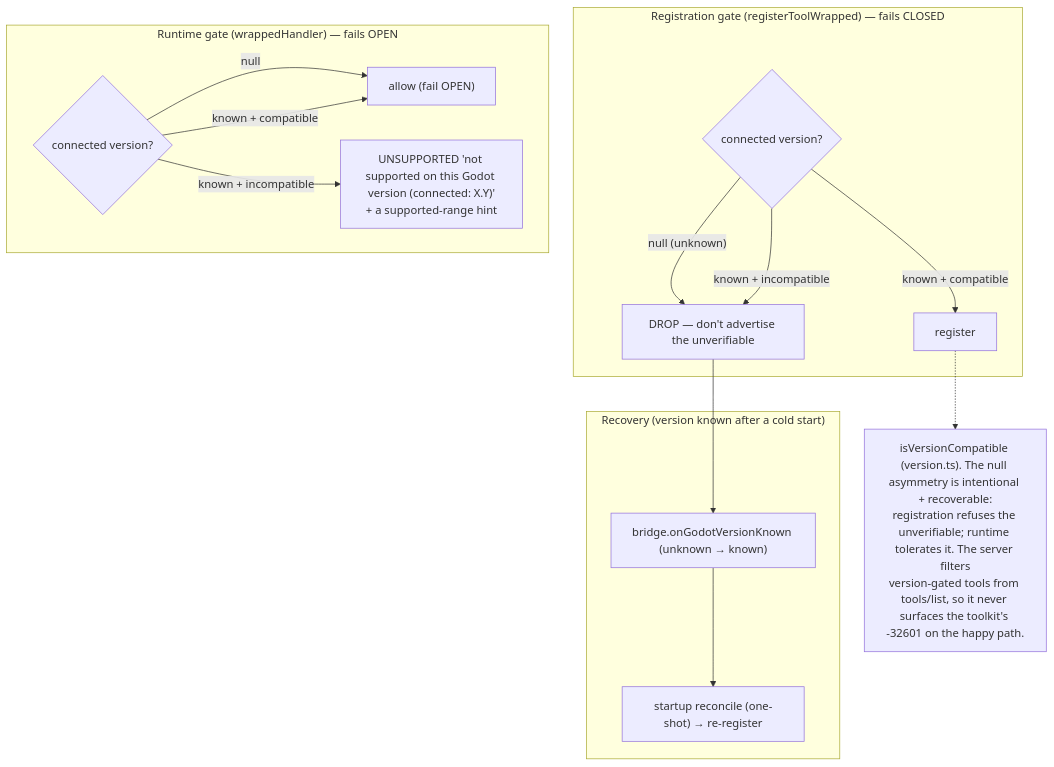
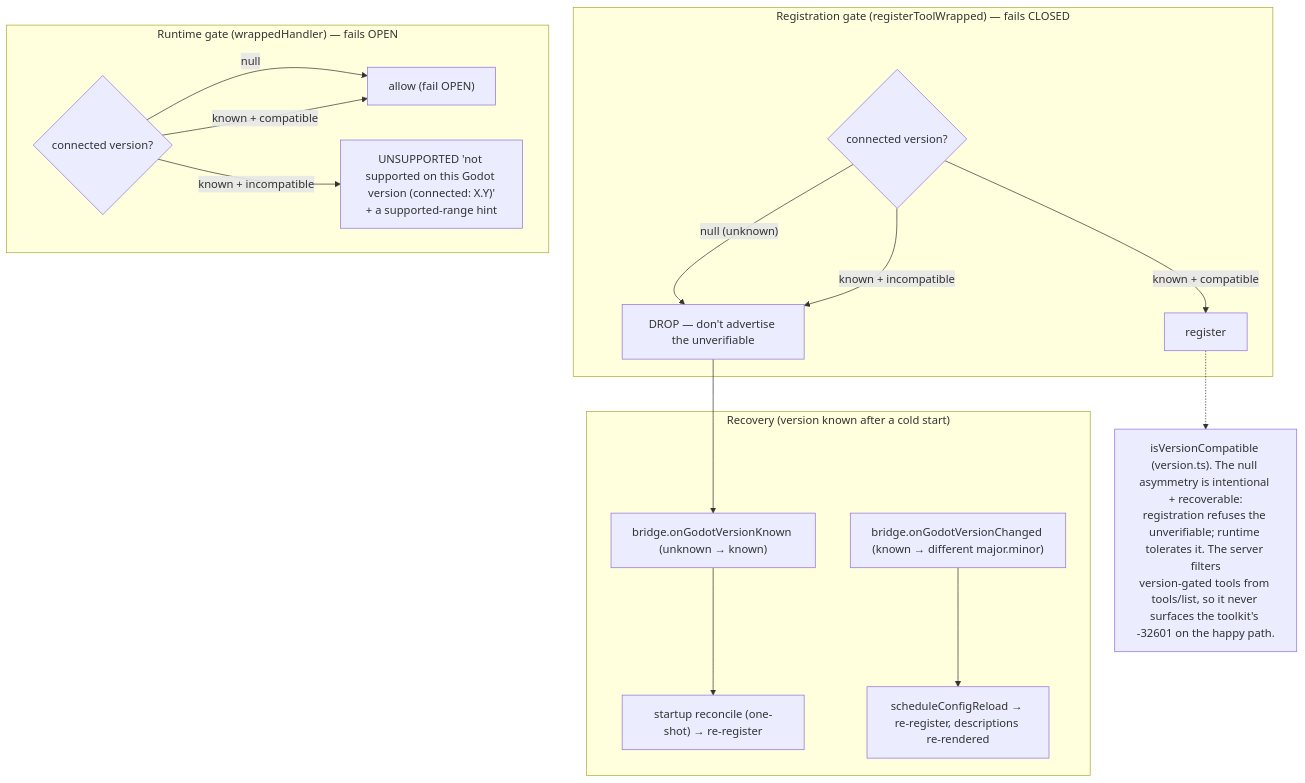
Before and after one commit to NPGameDev/godot-mcp-server: diagram 12 of 13 in docs/architecture/README.md, drawn with Mermaid. The commit also changed other lines of this file and 19 other files, not shown here.

First line of the commit message:
fix(server): tailor two eager tool descriptions to the connected Godot version

````diff
--- a/docs/architecture/README.md
+++ b/docs/architecture/README.md
@@ -737,21 +737,22 @@
 ```mermaid
 flowchart TD
     subgraph regn["Registration gate (registerToolWrapped) — fails CLOSED"]
       r1{"connected version?"}
       r1 -->|"null (unknown)"| rdrop["DROP — don't advertise the unverifiable"]
       r1 -->|"known + incompatible"| rdrop
       r1 -->|"known + compatible"| rkeep["register"]
     end
     subgraph recov["Recovery (version known after a cold start)"]
       rdrop --> hook["bridge.onGodotVersionKnown (unknown → known)"]
       hook --> rec["startup reconcile (one-shot) → re-register"]
+      chg["bridge.onGodotVersionChanged (known → different major.minor)"] --> reload["scheduleConfigReload → re-register, descriptions re-rendered"]
     end
     subgraph runt["Runtime gate (wrappedHandler) — fails OPEN"]
       u1{"connected version?"}
       u1 -->|"null"| upass["allow (fail OPEN)"]
       u1 -->|"known + incompatible"| ublock["UNSUPPORTED 'not supported on this Godot version (connected: X.Y)'<br/>+ a supported-range hint"]
       u1 -->|"known + compatible"| upass
     end
     note["isVersionCompatible (version.ts). The null asymmetry is intentional + recoverable:<br/>registration refuses the unverifiable; runtime tolerates it. The server filters<br/>version-gated tools from tools/list, so it never surfaces the toolkit's -32601 on the happy path."]
     rkeep -.-> note
 ```
````
